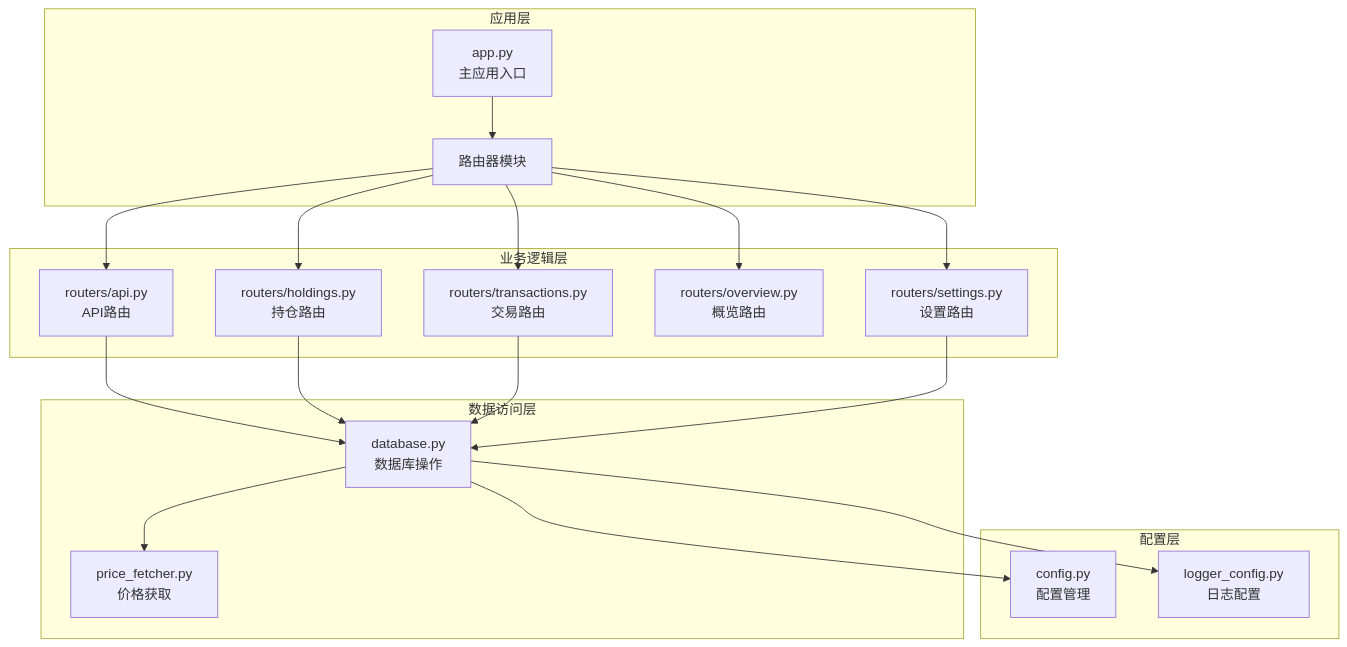
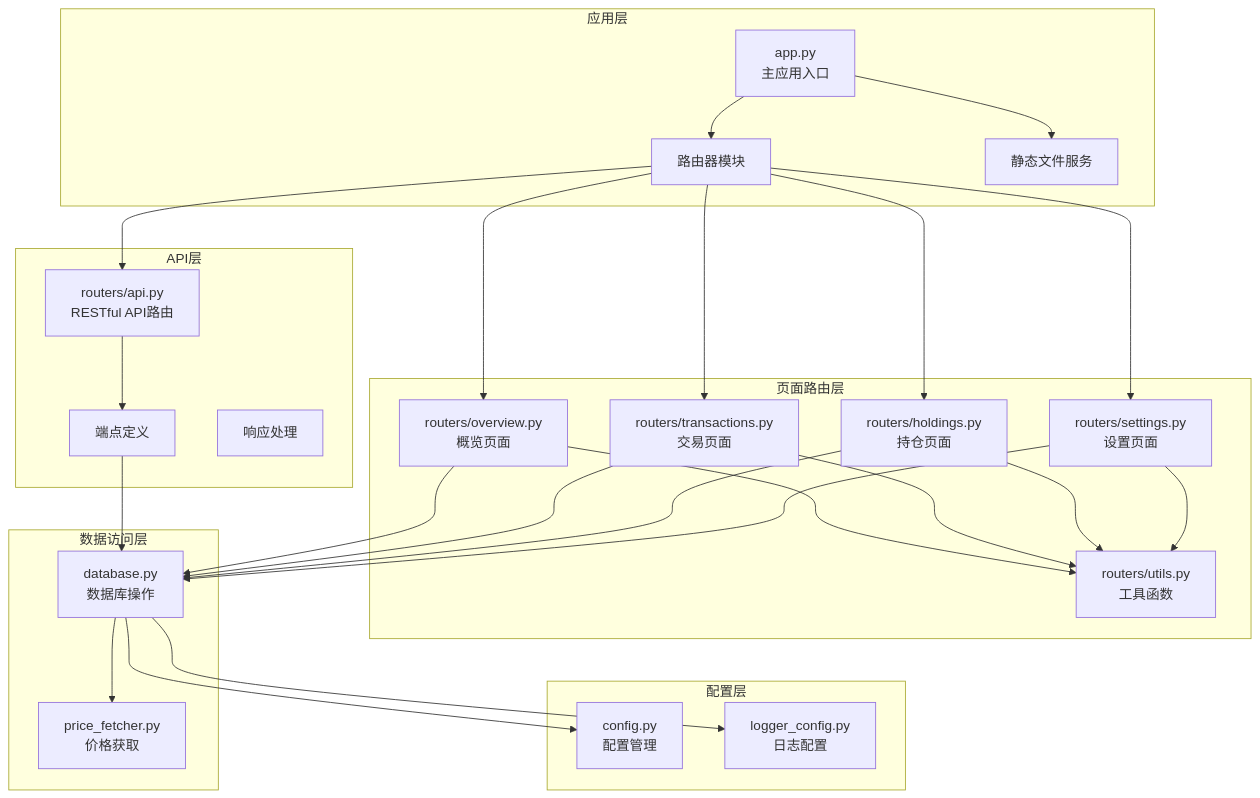
Before and after one commit to macrohuang/invest-log: the first of 2 diagrams in .qoder/repowiki/zh/content/API接口文档/API接口文档.md, drawn with Mermaid. The commit also changed other lines of this file and 11 other files, not shown here.

````diff
--- a/.qoder/repowiki/zh/content/API接口文档/API接口文档.md
+++ b/.qoder/repowiki/zh/content/API接口文档/API接口文档.md
@@ -42,35 +57,48 @@
 ```mermaid
 graph TB
 subgraph "应用层"
 APP[app.py<br/>主应用入口]
 ROUTERS[路由器模块]
+STATIC[静态文件服务]
 end
-subgraph "业务逻辑层"
-API_ROUTER[routers/api.py<br/>API路由]
-HOLDINGS_ROUTER[routers/holdings.py<br/>持仓路由]
-TRANS_ROUTER[routers/transactions.py<br/>交易路由]
-OVERVIEW_ROUTER[routers/overview.py<br/>概览路由]
-SETTINGS_ROUTER[routers/settings.py<br/>设置路由]
+subgraph "API层"
+API_ROUTER[routers/api.py<br/>RESTful API路由]
+ENDPOINTS[端点定义]
+RESPONSES[响应处理]
+end
+subgraph "页面路由层"
+OVERVIEW_ROUTER[routers/overview.py<br/>概览页面]
+TRANSACTIONS_ROUTER[routers/transactions.py<br/>交易页面]
+HOLDINGS_ROUTER[routers/holdings.py<br/>持仓页面]
+SETTINGS_ROUTER[routers/settings.py<br/>设置页面]
+UTILS[routers/utils.py<br/>工具函数]
 end
 subgraph "数据访问层"
 DATABASE[database.py<br/>数据库操作]
 PRICE_FETCHER[price_fetcher.py<br/>价格获取]
 end
 subgraph "配置层"
 CONFIG[config.py<br/>配置管理]
 LOGGER[logger_config.py<br/>日志配置]
 end
+APP --> STATIC
 APP --> ROUTERS
 ROUTERS --> API_ROUTER
+ROUTERS --> OVERVIEW_ROUTER
+ROUTERS --> TRANSACTIONS_ROUTER
 ROUTERS --> HOLDINGS_ROUTER
-ROUTERS --> TRANS_ROUTER
-ROUTERS --> OVERVIEW_ROUTER
 ROUTERS --> SETTINGS_ROUTER
-API_ROUTER --> DATABASE
+API_ROUTER --> ENDPOINTS
+OVERVIEW_ROUTER --> UTILS
+TRANSACTIONS_ROUTER --> UTILS
+HOLDINGS_ROUTER --> UTILS
+SETTINGS_ROUTER --> UTILS
+ENDPOINTS --> DATABASE
+OVERVIEW_ROUTER --> DATABASE
+TRANSACTIONS_ROUTER --> DATABASE
 HOLDINGS_ROUTER --> DATABASE
-TRANS_ROUTER --> DATABASE
 SETTINGS_ROUTER --> DATABASE
 DATABASE --> PRICE_FETCHER
 DATABASE --> CONFIG
 DATABASE --> LOGGER
 ```
````
